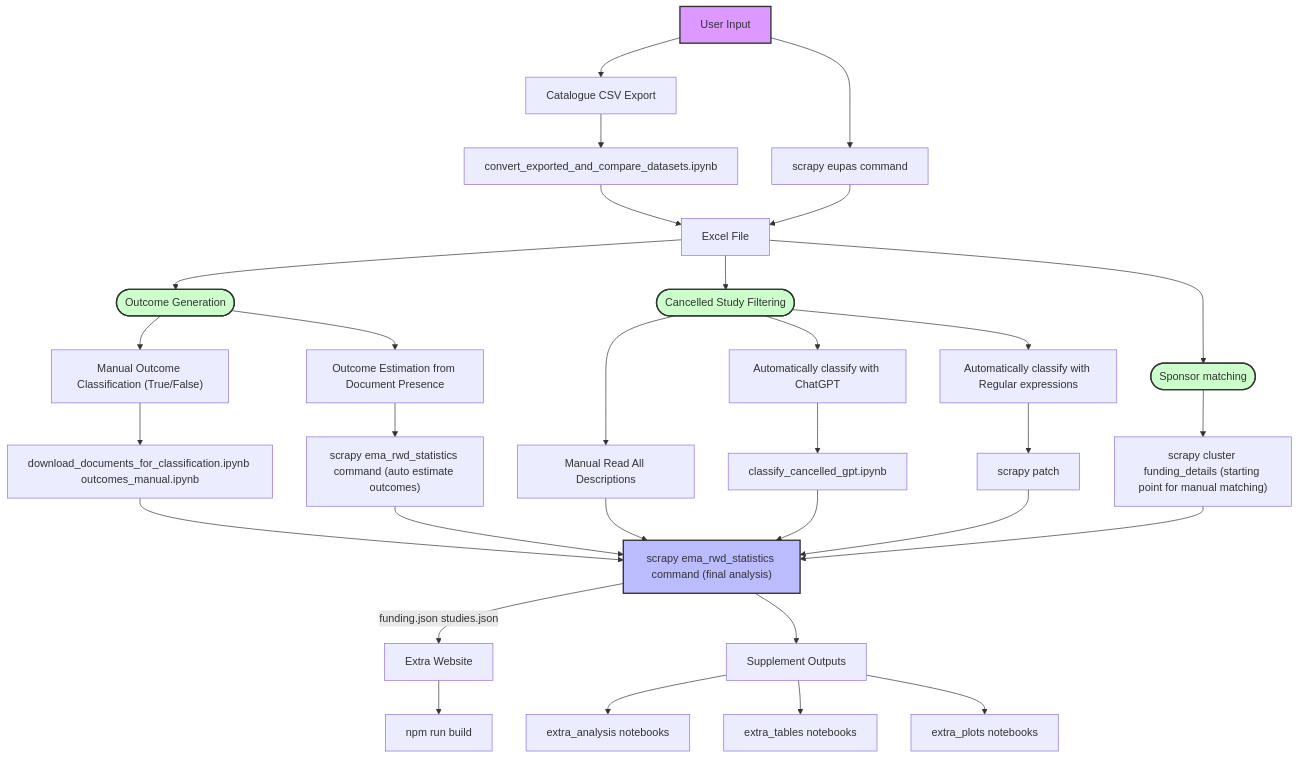
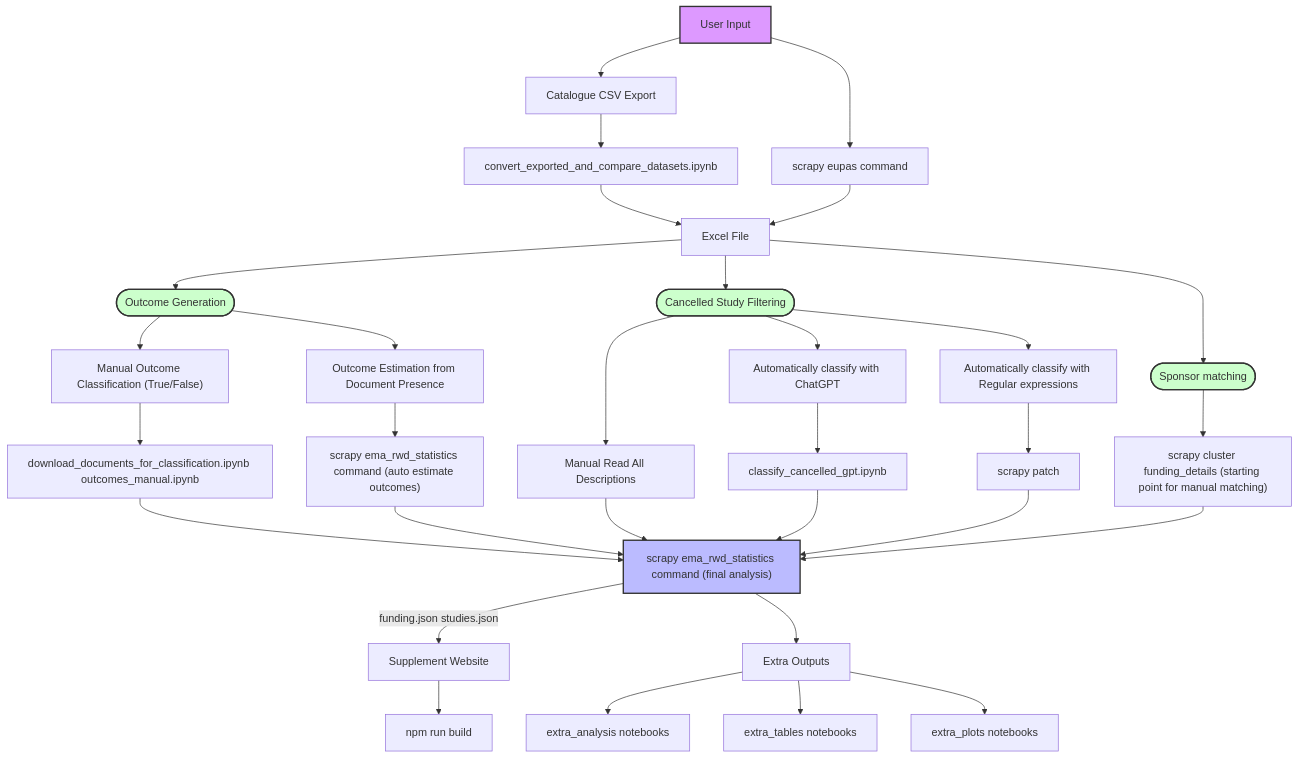
The diagram in README.md (EU-PAS-Adherence/EU-PAS-Data-and-Notebooks), drawn with Mermaid before and after one commit. The commit also changed other lines of this file, not shown here.

Commit message:
Fixed switched labels in Mermaid chart and clarified methods used to detect cancelled studies

````diff
--- a/README.md
+++ b/README.md
@@ -16,57 +16,57 @@
 ```mermaid
 flowchart TD
     %% Main outcome generation block
     J(["Outcome Generation"])
     J --> G["Manual Outcome Classification (True/False)"]
     J --> I["Outcome Estimation from Document Presence"]
 
     G --> F["download_documents_for_classification.ipynb outcomes_manual.ipynb"]
     I --> H["scrapy ema_rwd_statistics command (auto estimate outcomes)"]
 
     F --> K["scrapy ema_rwd_statistics command (final analysis)"]
     H --> K
 
     %% User input and data flow
     A[User Input] --> B[Catalogue CSV Export]
     A --> C[scrapy eupas command]
 
     B --> D[convert_exported_and_compare_datasets.ipynb]
     D --> E[Excel File]
     C --> E
     E --> J
 
     %% Cancelled study filtering
     E --> L(["Cancelled Study Filtering"])
     L --> M[Manual Read All Descriptions]
 
     L --> X1["Automatically classify with ChatGPT"]
     X1 --> N[classify_cancelled_gpt.ipynb]
 
     L --> X2["Automatically classify with Regular expressions"]
     X2 --> O[scrapy patch]
 
     M --> K
     N --> K
     O --> K
 
     %% Sponsor matching branch
     E --> S(["Sponsor matching"])
     S --> T["scrapy cluster funding_details (starting point for manual matching)"]
     T --> K
 
     %% Final outputs
-    K -- "`funding.json studies.json`" --> V["Extra Website"]
+    K -- "`funding.json studies.json`" --> V["Supplement Website"]
     V --> U["npm run build"]
 
-    K --> W["Supplement Outputs"]
+    K --> W["Extra Outputs"]
     W --> P[extra_analysis notebooks]
     W --> Q[extra_tables notebooks]
     W --> R[extra_plots notebooks]
 
     %% Styling
     style A fill:#d9f,stroke:#333,stroke-width:2px,color:#333
     style J fill:#cfc,stroke:#333,stroke-width:2px,color:#333
     style L fill:#cfc,stroke:#333,stroke-width:2px,color:#333
     style S fill:#cfc,stroke:#333,stroke-width:2px,color:#333
     style K fill:#bbf,stroke:#333,stroke-width:2px,color:#333
 ```
````
